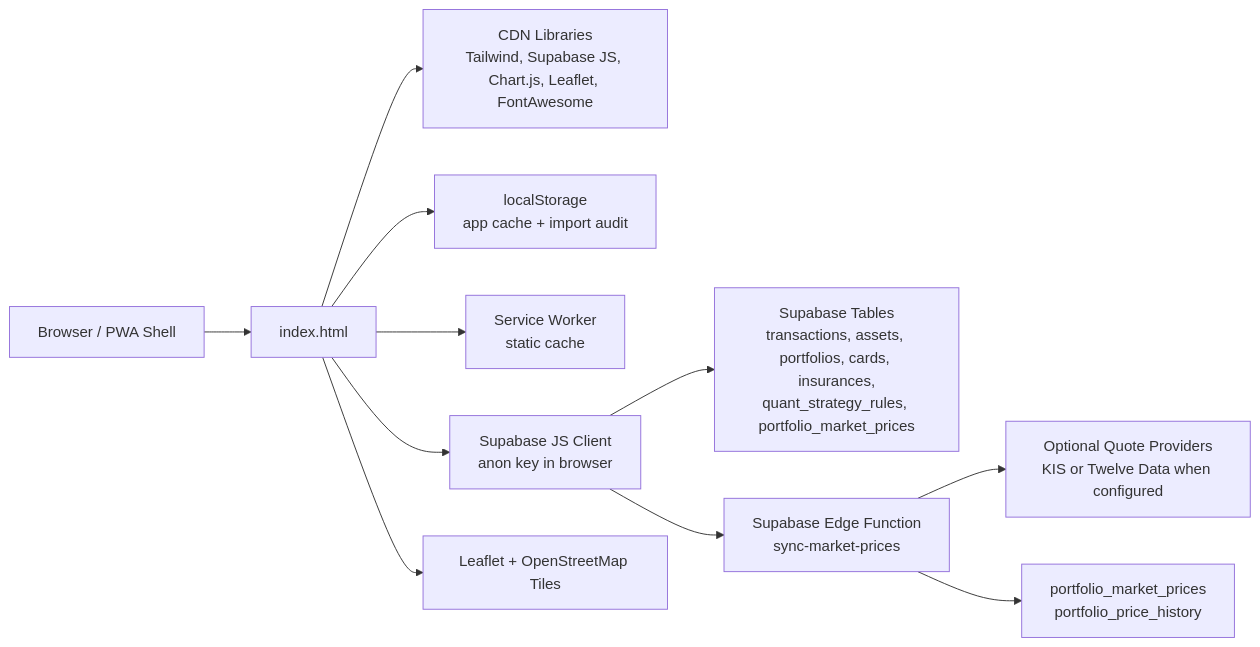
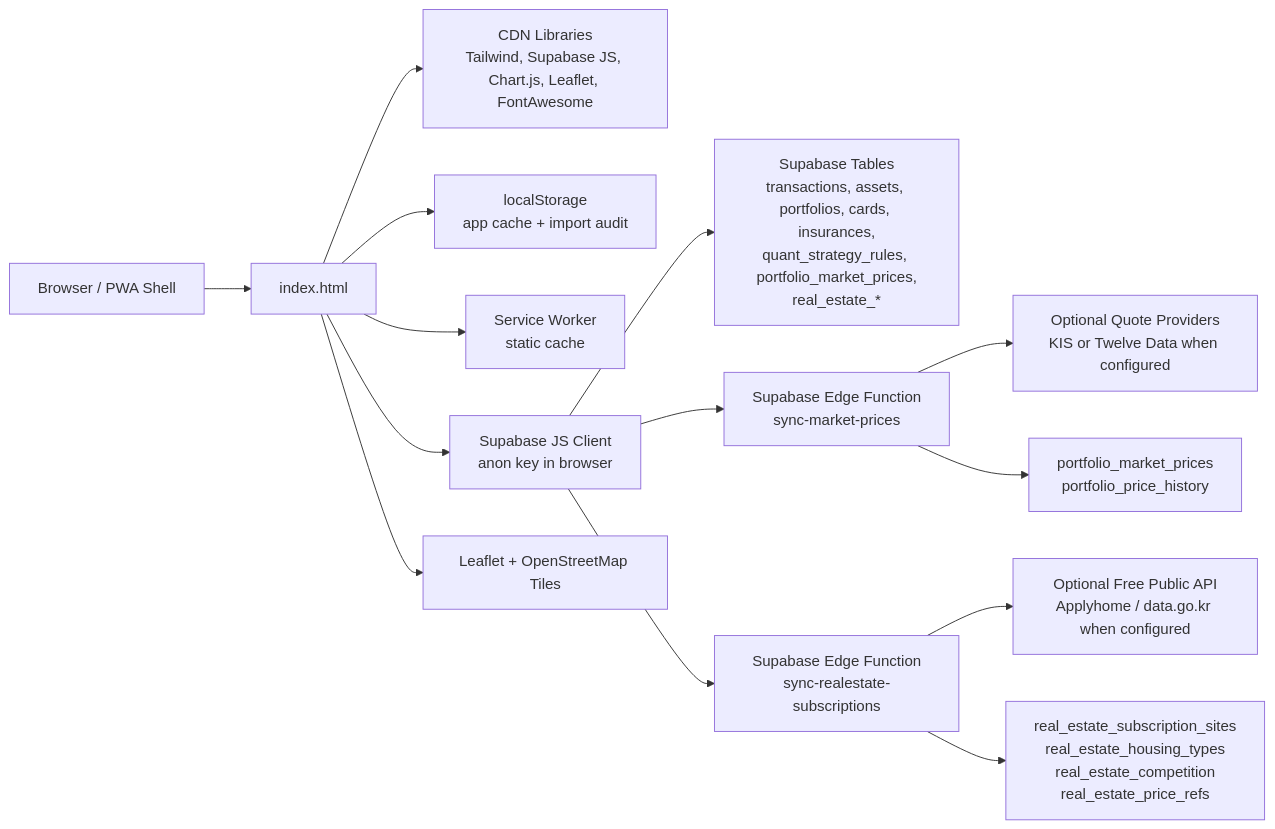
The second of 15 diagrams in docs/02-design/current-architecture-map.md (ksg0694-ops/NetVisualizer), drawn with Mermaid before and after one commit. The commit also changed other lines of this file and 9 other files, not shown here.

Commit message:
Add real estate subscription sync scaffold

````diff
--- a/docs/02-design/current-architecture-map.md
+++ b/docs/02-design/current-architecture-map.md
@@ -31,16 +32,19 @@
 ```mermaid
 flowchart LR
     Browser["Browser / PWA Shell"] --> Index["index.html"]
 
     Index --> CDN["CDN Libraries\nTailwind, Supabase JS, Chart.js, Leaflet, FontAwesome"]
     Index --> LocalStorage["localStorage\napp cache + import audit"]
     Index --> ServiceWorker["Service Worker\nstatic cache"]
 
     Index --> SupabaseClient["Supabase JS Client\nanon key in browser"]
-    SupabaseClient --> Tables["Supabase Tables\ntransactions, assets, portfolios, cards, insurances,\nquant_strategy_rules, portfolio_market_prices"]
+    SupabaseClient --> Tables["Supabase Tables\ntransactions, assets, portfolios, cards, insurances,\nquant_strategy_rules, portfolio_market_prices,\nreal_estate_*"]
     SupabaseClient --> EdgeFunction["Supabase Edge Function\nsync-market-prices"]
+    SupabaseClient --> RealEstateEdge["Supabase Edge Function\nsync-realestate-subscriptions"]
     EdgeFunction --> PriceProviders["Optional Quote Providers\nKIS or Twelve Data when configured"]
     EdgeFunction --> PriceTables["portfolio_market_prices\nportfolio_price_history"]
+    RealEstateEdge --> Applyhome["Optional Free Public API\nApplyhome / data.go.kr when configured"]
+    RealEstateEdge --> RealEstateTables["real_estate_subscription_sites\nreal_estate_housing_types\nreal_estate_competition\nreal_estate_price_refs"]
 
     Index --> OpenStreetMap["Leaflet + OpenStreetMap Tiles"]
 ```
````
